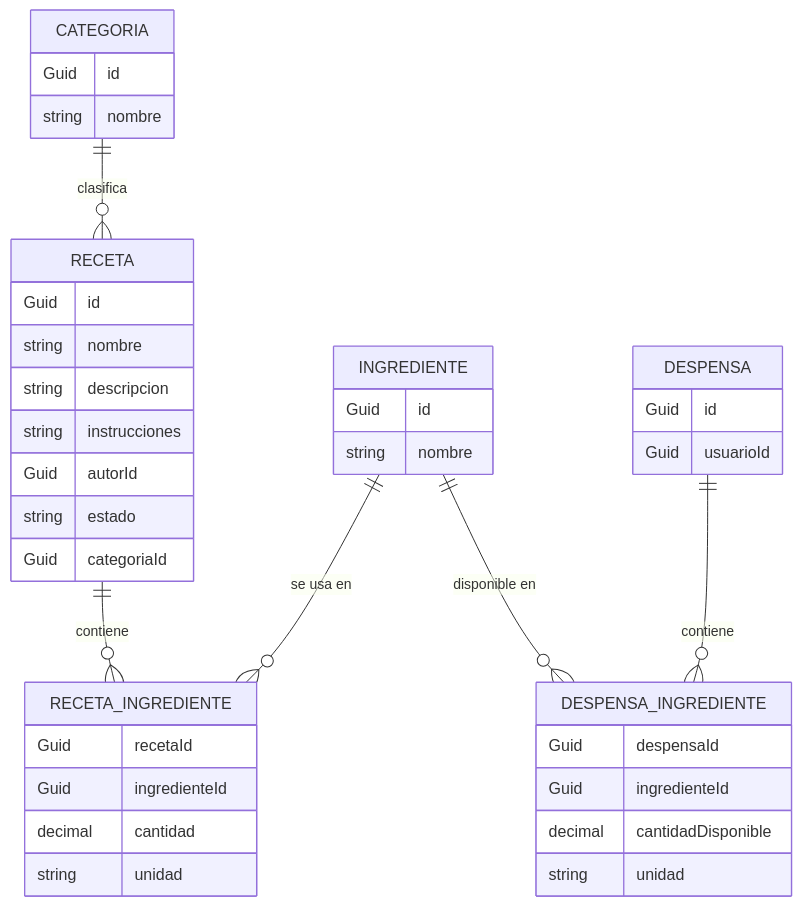
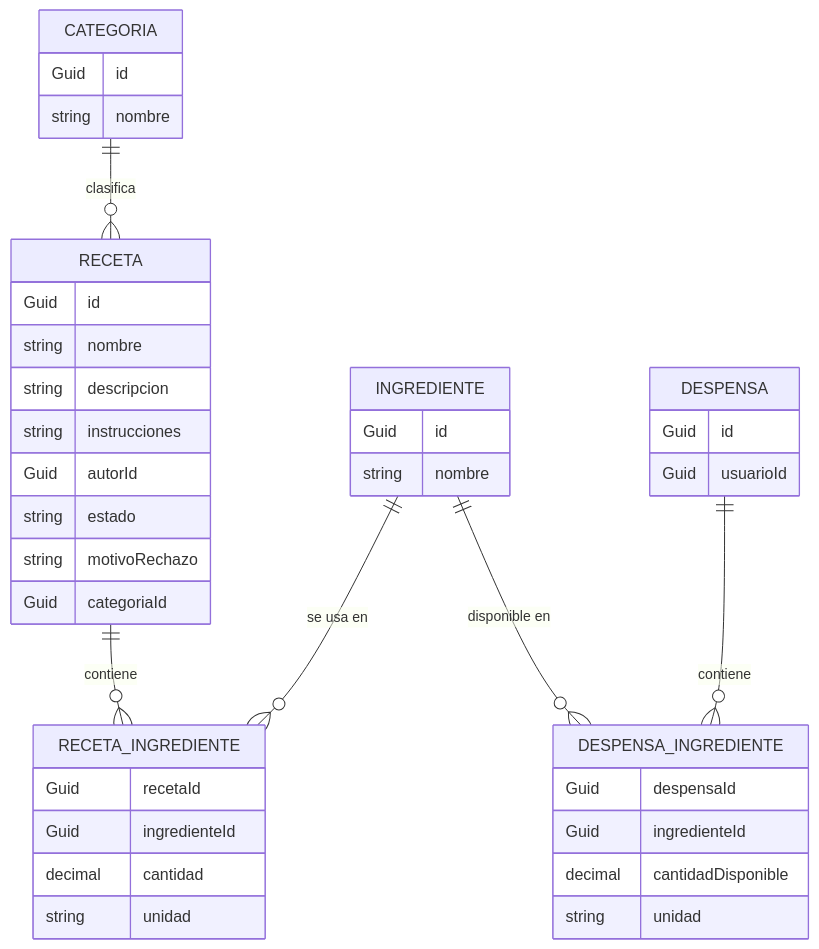
The second of 2 diagrams in README.md (surkyb/what-are-we-eating), drawn with Mermaid before and after one commit. The commit also changed other lines of this file and 2 other files, not shown here.

````diff
--- a/README.md
+++ b/README.md
@@ -776,42 +776,43 @@
 ```mermaid
 erDiagram
     CATEGORIA ||--o{ RECETA : clasifica
     RECETA ||--o{ RECETA_INGREDIENTE : contiene
     INGREDIENTE ||--o{ RECETA_INGREDIENTE : "se usa en"
     DESPENSA ||--o{ DESPENSA_INGREDIENTE : contiene
     INGREDIENTE ||--o{ DESPENSA_INGREDIENTE : "disponible en"
 
     CATEGORIA {
         Guid id
         string nombre
     }
     RECETA {
         Guid id
         string nombre
         string descripcion
         string instrucciones
         Guid autorId
         string estado
+        string motivoRechazo
         Guid categoriaId
     }
     INGREDIENTE {
         Guid id
         string nombre
     }
     DESPENSA {
         Guid id
         Guid usuarioId
     }
     RECETA_INGREDIENTE {
         Guid recetaId
         Guid ingredienteId
         decimal cantidad
         string unidad
     }
     DESPENSA_INGREDIENTE {
         Guid despensaId
         Guid ingredienteId
         decimal cantidadDisponible
         string unidad
     }
 ```
````
